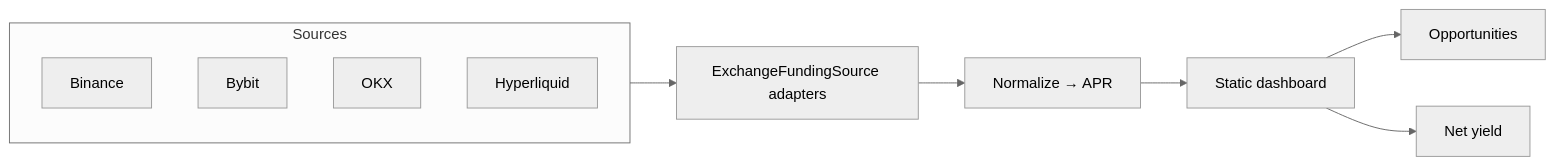
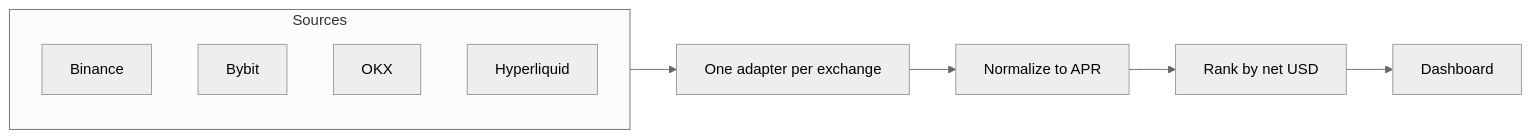
Before and after one commit to osobennyj/warehouse-of-sites: the diagram in projects/things-i-built/content/projects/funding-rate-radar.md, drawn with Mermaid (neutral theme). The commit also changed other lines of this file and 10 other files, not shown here.

````diff
--- a/projects/things-i-built/content/projects/funding-rate-radar.md
+++ b/projects/things-i-built/content/projects/funding-rate-radar.md
@@ -40,11 +45,10 @@
 ```mermaid
 flowchart LR
   subgraph Sources
     B[Binance] & Y[Bybit] & O[OKX] & H[Hyperliquid]
   end
-  Sources --> A[ExchangeFundingSource adapters]
-  A --> N[Normalize → APR]
-  N --> UI[Static dashboard]
-  UI --> T[Opportunities]
-  UI --> K[Net yield]
+  Sources --> A[One adapter per exchange]
+  A --> N[Normalize to APR]
+  N --> R[Rank by net USD]
+  R --> UI[Dashboard]
 ```
````
